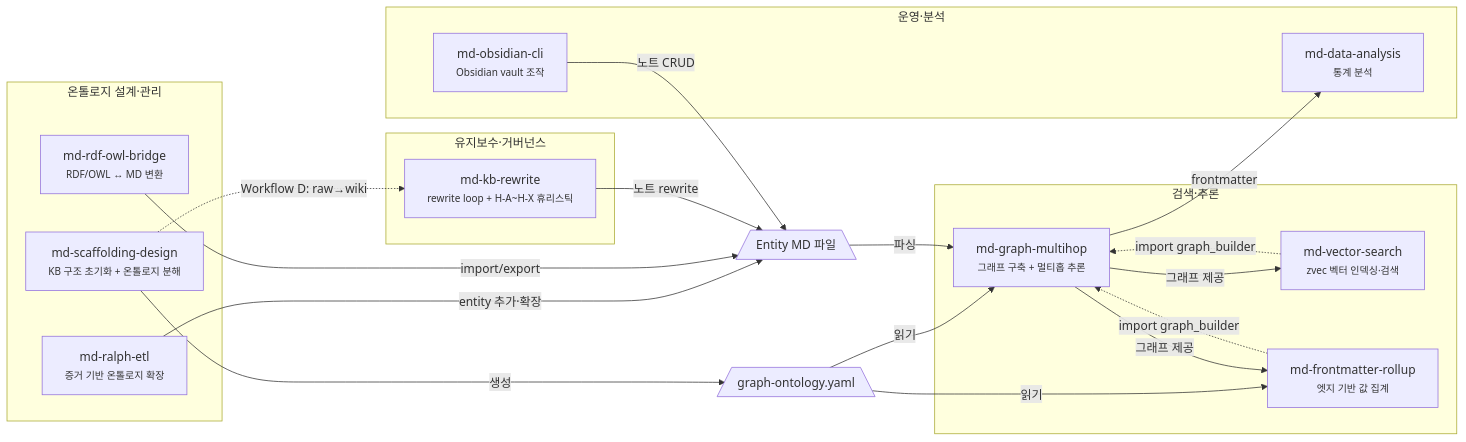
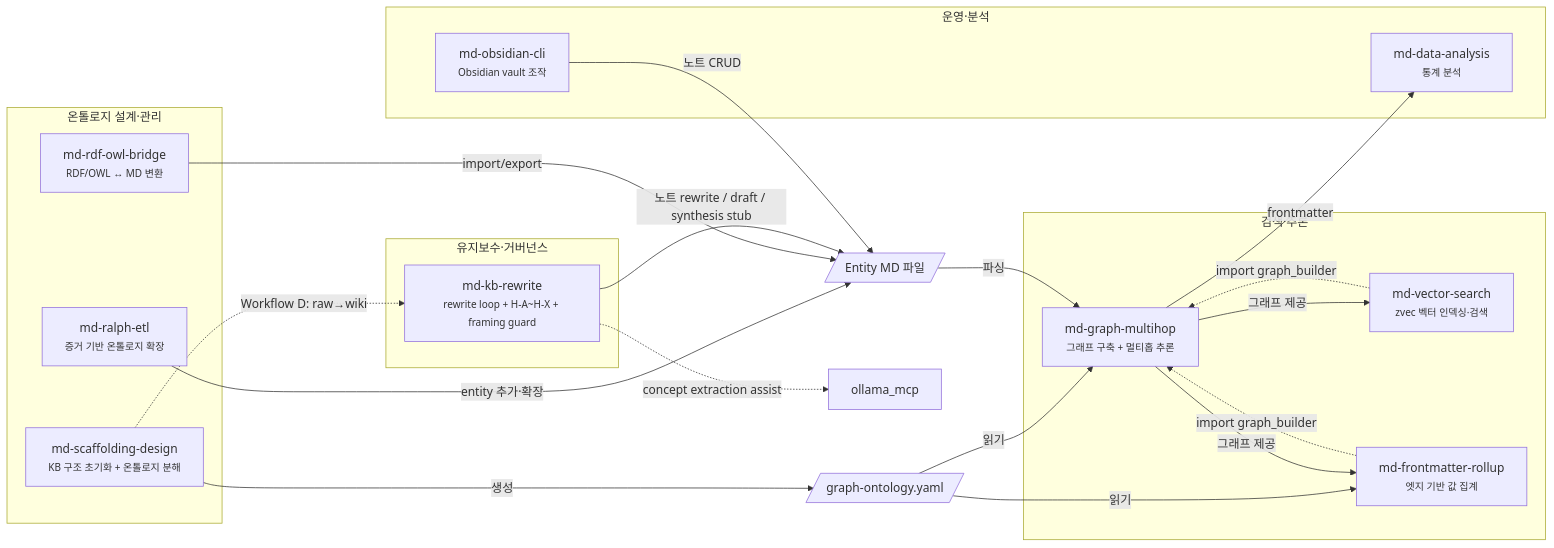
The second of 2 diagrams in README.md (WMJOON/markdown-scaffolding-multihop), drawn with Mermaid before and after one commit. The commit also changed other lines of this file and 3 other files, not shown here.

Commit message:
Release v0.1.4 wrapper rewrite layer and ollama MCP support

````diff
--- a/README.md
+++ b/README.md
@@ -70,37 +113,38 @@
 ```mermaid
 flowchart LR
     subgraph 온톨로지["온톨로지 설계·관리"]
         scaffolding["md-scaffolding-design<br/><small>KB 구조 초기화 + 온톨로지 분해</small>"]
         ralph["md-ralph-etl<br/><small>증거 기반 온톨로지 확장</small>"]
         rdf["md-rdf-owl-bridge<br/><small>RDF/OWL ↔ MD 변환</small>"]
     end
     subgraph 검색추론["검색·추론"]
         multihop["md-graph-multihop<br/><small>그래프 구축 + 멀티홉 추론</small>"]
         vector["md-vector-search<br/><small>zvec 벡터 인덱싱·검색</small>"]
         rollup["md-frontmatter-rollup<br/><small>엣지 기반 값 집계</small>"]
     end
     subgraph 유지보수["유지보수·거버넌스"]
-        kbrewrite["md-kb-rewrite<br/><small>rewrite loop + H-A~H-X 휴리스틱</small>"]
+        kbrewrite["md-kb-rewrite<br/><small>rewrite loop + H-A~H-X + framing guard</small>"]
     end
     subgraph 운영분석["운영·분석"]
         obsidian["md-obsidian-cli<br/><small>Obsidian vault 조작</small>"]
         analysis["md-data-analysis<br/><small>통계 분석</small>"]
     end
 
-    config[/"graph-ontology.yaml"\]
-    entities[/"Entity MD 파일"\]
+    config[/"graph-ontology.yaml"/]
+    entities[/"Entity MD 파일"/]
     scaffolding -- "생성" --> config
     config -- "읽기" --> multihop
     config -- "읽기" --> rollup
     vector -. "import graph_builder" .-> multihop
     rollup -. "import graph_builder" .-> multihop
     ralph -- "entity 추가·확장" --> entities
     rdf -- "import/export" --> entities
     obsidian -- "노트 CRUD" --> entities
     entities -- "파싱" --> multihop
     multihop -- "그래프 제공" --> vector
     multihop -- "그래프 제공" --> rollup
     multihop -- "frontmatter" --> analysis
-    kbrewrite -- "노트 rewrite" --> entities
+    kbrewrite -- "노트 rewrite / draft / synthesis stub" --> entities
+    kbrewrite -. "concept extraction assist" .-> ollama["ollama_mcp"]
     scaffolding -. "Workflow D: raw→wiki" .-> kbrewrite
 ```
````
